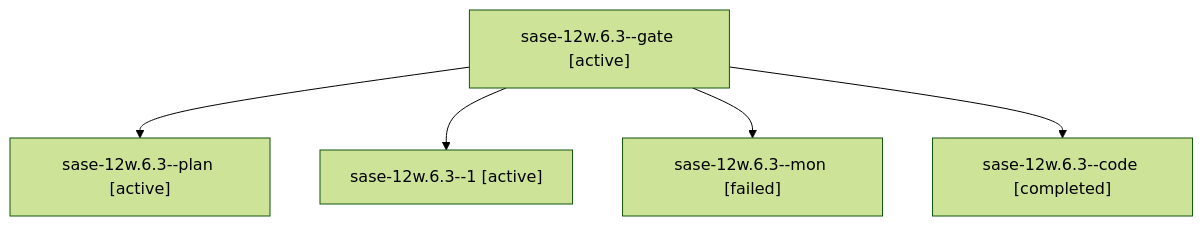
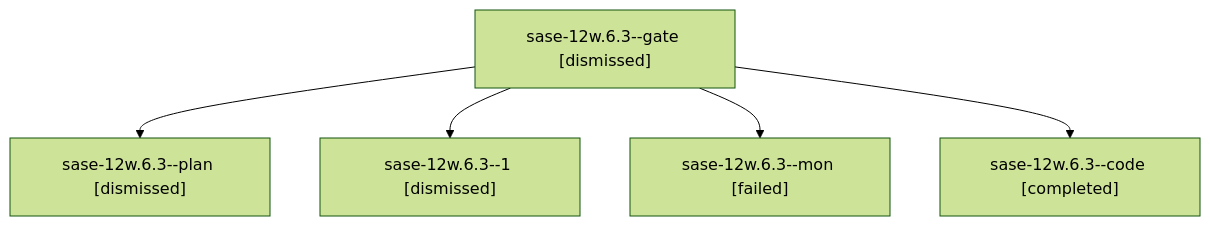
Before and after one commit to sase-org/sase--agents: the diagram in sessions/bbugyi200.athena.sase-12w.6.3.md, drawn with Mermaid (forest theme). The commit also changed other lines of this file and 219 other files, not shown here.

````diff
--- a/sessions/bbugyi200.athena.sase-12w.6.3.md
+++ b/sessions/bbugyi200.athena.sase-12w.6.3.md
@@ -9,12 +9,12 @@
 ```mermaid
 flowchart TD
-  n0["sase-12w.6.3--gate [active]"]
-  n1["sase-12w.6.3--plan [active]"]
+  n0["sase-12w.6.3--gate [dismissed]"]
+  n1["sase-12w.6.3--plan [dismissed]"]
   n0 --> n1
-  n2["sase-12w.6.3--1 [active]"]
+  n2["sase-12w.6.3--1 [dismissed]"]
   n0 --> n2
   n3["sase-12w.6.3--mon [failed]"]
   n0 --> n3
   n4["sase-12w.6.3--code [completed]"]
   n0 --> n4
 ```
````
